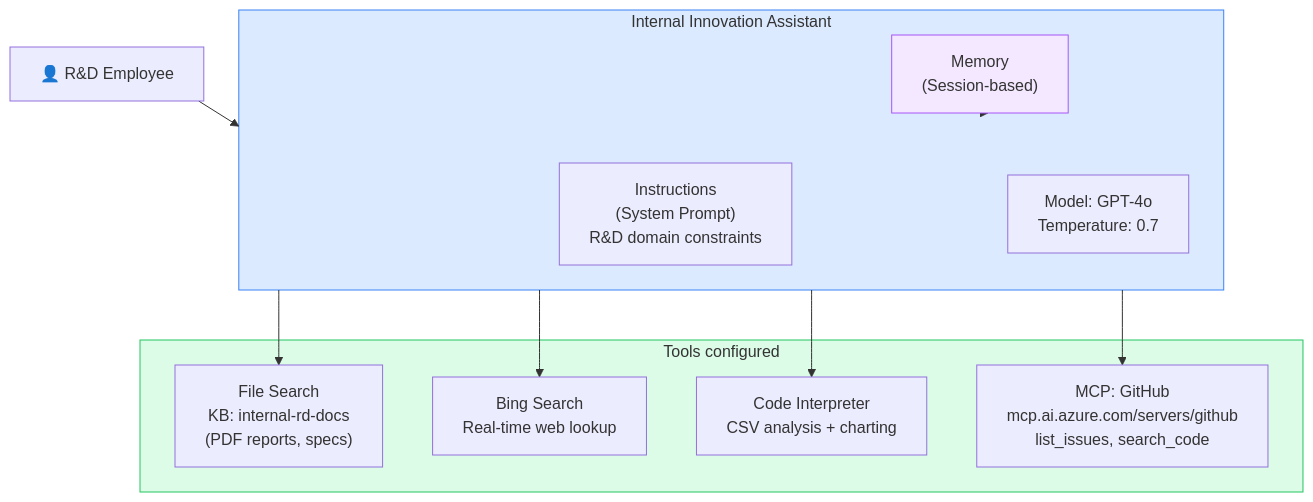
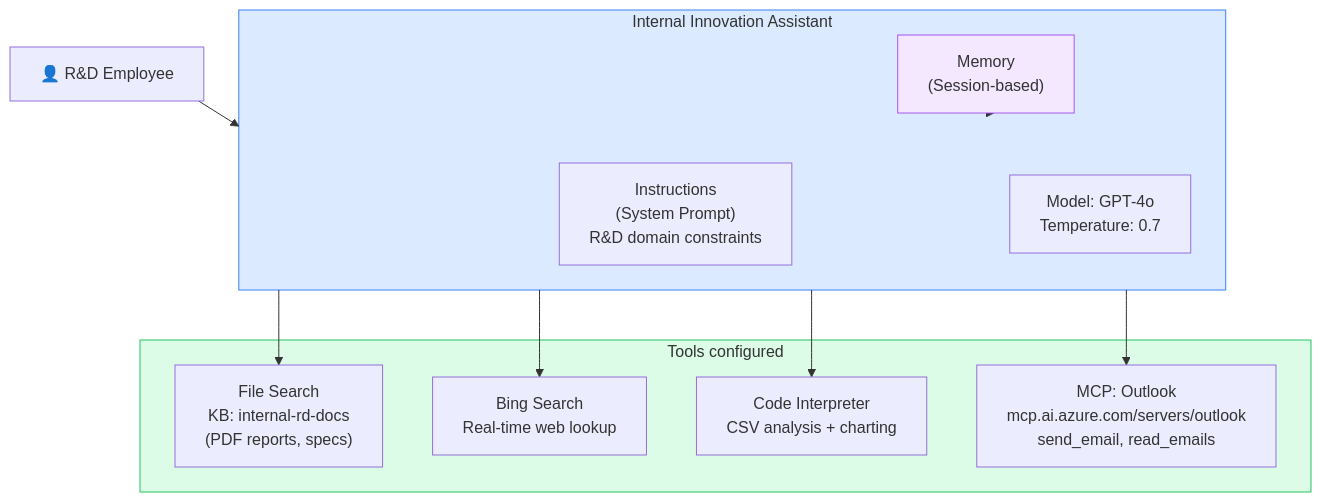
One commit to vuanhtu1993/vuanhtu1993.github.io changed the sixth of 7 diagrams in docs/azure-ai/part-5-lowcode/L2-knowledge-base-ui.md. Above: the diagram before and after it, drawn with Mermaid. The commit also changed other lines of this file, not shown here.

Commit message:
docs: update Knowledge Base UI guide to replace GitHub MCP examples with Outlook MCP

````diff
--- a/docs/azure-ai/part-5-lowcode/L2-knowledge-base-ui.md
+++ b/docs/azure-ai/part-5-lowcode/L2-knowledge-base-ui.md
@@ -313,28 +313,28 @@
 ```mermaid
 graph TD
     USER["👤 R&D Employee"]
 
     subgraph AGENT["Internal Innovation Assistant"]
         INS["Instructions\n(System Prompt)\nR&D domain constraints"]
         MODEL["Model: GPT-4o\nTemperature: 0.7"]
         MEM["Memory\n(Session-based)"]
     end
 
     subgraph TOOLS["Tools configured"]
         FS["File Search\nKB: internal-rd-docs\n(PDF reports, specs)"]
         BING["Bing Search\nReal-time web lookup"]
         CI["Code Interpreter\nCSV analysis + charting"]
-        MCP_GH["MCP: GitHub\nmcp.ai.azure.com/servers/github\nlist_issues, search_code"]
+        MCP_OUTLOOK["MCP: Outlook\nmcp.ai.azure.com/servers/outlook\nsend_email, read_emails"]
     end
 
     USER --> AGENT
     AGENT --> FS
     AGENT --> BING
     AGENT --> CI
-    AGENT --> MCP_GH
+    AGENT --> MCP_OUTLOOK
     MEM --> AGENT
 
     style AGENT fill:#dbeafe,stroke:#3b82f6
     style TOOLS fill:#dcfce7,stroke:#22c55e
     style MEM fill:#f3e8ff,stroke:#a855f7
 ```
````
